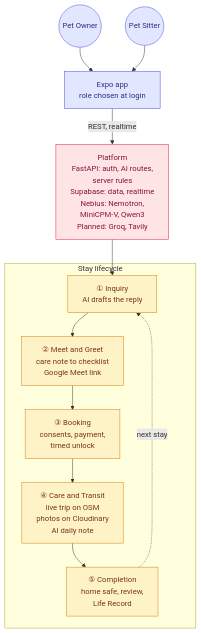
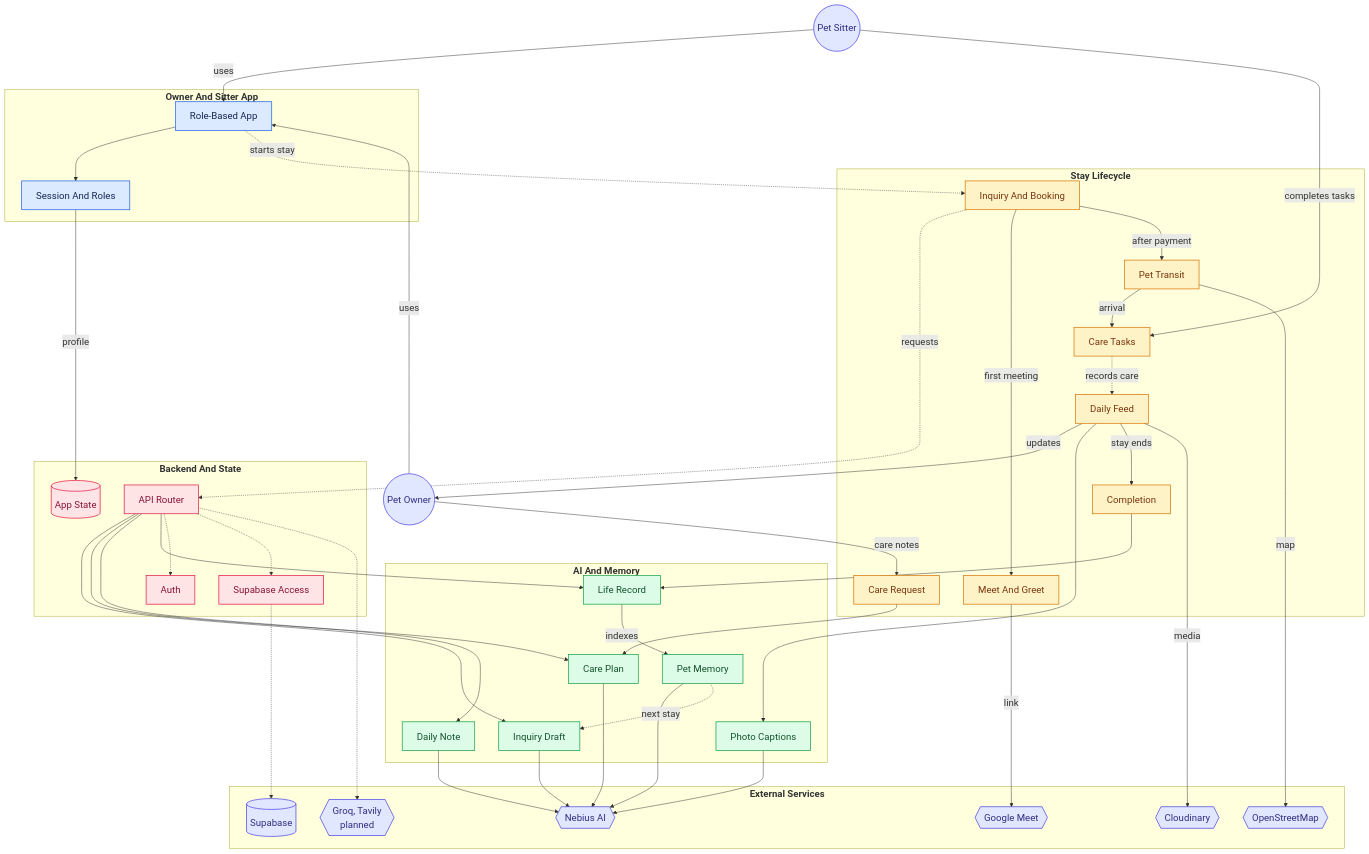
Before and after one commit to minsikpaul92/Goldito: the diagram in README.md, drawn with Mermaid. The commit also changed other lines of this file, not shown here.

Commit message:
docs: replace the split diagrams with one GitDiagram-based architecture diagram

````diff
--- a/README.md
+++ b/README.md
@@ -294,30 +294,94 @@
 ```mermaid
+%%{init: {"themeVariables": {"fontSize": "20px"}}}%%
 flowchart TD
 
-owner(("Pet Owner"))
-sitter(("Pet Sitter"))
-app["Expo app<br/>role chosen at login"]
-platform["Platform<br/>FastAPI: auth, AI routes,<br/>server rules<br/>Supabase: data, realtime<br/>Nebius: Nemotron,<br/>MiniCPM-V, Qwen3<br/>Planned: Groq, Tavily"]
-
-subgraph stay["Stay lifecycle"]
-  s1["① Inquiry<br/>AI drafts the reply"]
-  s2["② Meet and Greet<br/>care note to checklist<br/>Google Meet link"]
-  s3["③ Booking<br/>consents, payment,<br/>timed unlock"]
-  s4["④ Care and Transit<br/>live trip on OSM<br/>photos on Cloudinary<br/>AI daily note"]
-  s5["⑤ Completion<br/>home safe, review,<br/>Life Record"]
+subgraph group_experience["<b>Owner And Sitter App</b>"]
+  node_mobile["Role-Based App"]
+  node_session["Session And Roles"]
 end
 
-owner --> app
-sitter --> app
-app -->|"REST, realtime"| platform
-platform --> s1
-s1 --> s2 --> s3 --> s4 --> s5
-s5 -.->|"next stay"| s1
+subgraph group_stay["<b>Stay Lifecycle</b>"]
+  node_booking["Inquiry And Booking"]
+  node_meet["Meet And Greet"]
+  node_care_request["Care Request"]
+  node_transit["Pet Transit"]
+  node_care_tasks["Care Tasks"]
+  node_daily_updates["Daily Feed"]
+  node_completion["Completion"]
+end
 
-classDef actor fill:#e0e7ff,stroke:#4f46e5,color:#312e81
-classDef stage fill:#fef3c7,stroke:#d97706,color:#78350f
-classDef back fill:#ffe4e6,stroke:#e11d48,color:#881337
-class owner,sitter,app actor
-class s1,s2,s3,s4,s5 stage
-class platform back
+subgraph group_ai["<b>AI And Memory</b>"]
+  node_ai_inquiry["Inquiry Draft"]
+  node_ai_care["Care Plan"]
+  node_ai_daily["Daily Note"]
+  node_ai_caption["Photo Captions"]
+  node_ai_life["Life Record"]
+  node_rag["Pet Memory"]
+end
+
+subgraph group_platform["<b>Backend And State</b>"]
+  node_api["API Router"]
+  node_auth["Auth"]
+  node_supabase_client["Supabase Access"]
+  node_app_state[("App State")]
+end
+
+subgraph group_integrations["<b>External Services</b>"]
+  node_nebius{{"Nebius AI"}}
+  node_supabase[("Supabase")]
+  node_cloudinary{{"Cloudinary"}}
+  node_google_meet{{"Google Meet"}}
+  node_osm{{"OpenStreetMap"}}
+  node_planned{{"Groq, Tavily<br/>planned"}}
+end
+
+node_owner(("Pet Owner"))
+node_sitter(("Pet Sitter"))
+
+node_owner -->|"uses"| node_mobile
+node_sitter -->|"uses"| node_mobile
+node_mobile --> node_session
+node_session -->|"profile"| node_app_state
+node_mobile -.->|"starts stay"| node_booking
+node_booking -.->|"requests"| node_api
+node_api --> node_ai_inquiry
+node_api --> node_ai_care
+node_api --> node_ai_daily
+node_api --> node_ai_life
+node_owner -->|"care notes"| node_care_request
+node_care_request --> node_ai_care
+node_booking -->|"first meeting"| node_meet
+node_booking -->|"after payment"| node_transit
+node_transit -->|"arrival"| node_care_tasks
+node_sitter -->|"completes tasks"| node_care_tasks
+node_care_tasks -.->|"records care"| node_daily_updates
+node_daily_updates -->|"updates"| node_owner
+node_daily_updates --> node_ai_caption
+node_daily_updates -->|"stay ends"| node_completion
+node_completion --> node_ai_life
+node_ai_inquiry --> node_nebius
+node_ai_care --> node_nebius
+node_ai_daily --> node_nebius
+node_ai_caption --> node_nebius
+node_ai_life -->|"indexes"| node_rag
+node_rag --> node_nebius
+node_rag -.->|"next stay"| node_ai_inquiry
+node_api -.-> node_auth
+node_api -.-> node_supabase_client
+node_supabase_client -.-> node_supabase
+node_api -.-> node_planned
+node_daily_updates -->|"media"| node_cloudinary
+node_meet -->|"link"| node_google_meet
+node_transit -->|"map"| node_osm
+
+classDef toneBlue fill:#dbeafe,stroke:#2563eb,stroke-width:1.5px,color:#172554
+classDef toneAmber fill:#fef3c7,stroke:#d97706,stroke-width:1.5px,color:#78350f
+classDef toneMint fill:#dcfce7,stroke:#16a34a,stroke-width:1.5px,color:#14532d
+classDef toneRose fill:#ffe4e6,stroke:#e11d48,stroke-width:1.5px,color:#881337
+classDef toneIndigo fill:#e0e7ff,stroke:#4f46e5,stroke-width:1.5px,color:#312e81
+class node_mobile,node_session toneBlue
+class node_booking,node_meet,node_care_request,node_transit,node_care_tasks,node_daily_updates,node_completion toneAmber
+class node_ai_inquiry,node_ai_care,node_ai_daily,node_ai_caption,node_ai_life,node_rag toneMint
+class node_api,node_auth,node_supabase_client,node_app_state toneRose
+class node_nebius,node_supabase,node_cloudinary,node_google_meet,node_osm,node_planned,node_owner,node_sitter toneIndigo
 ```
````
